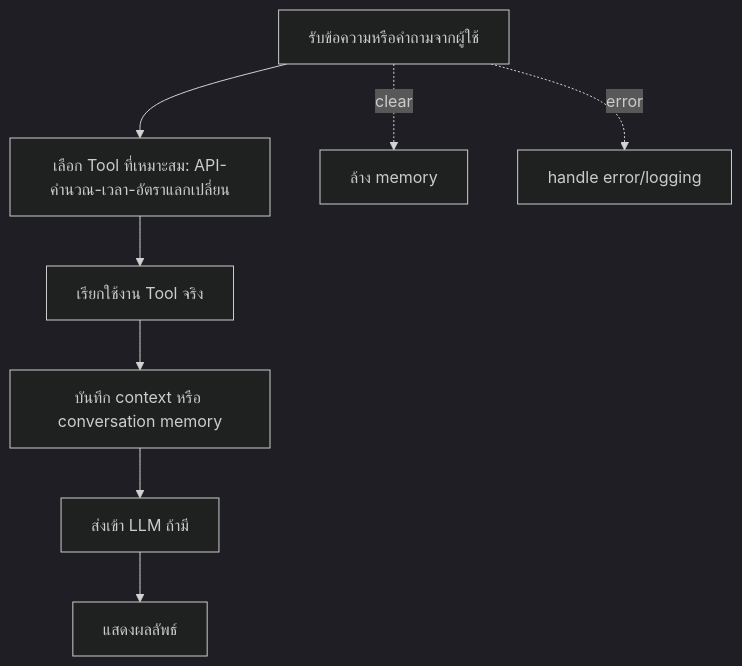
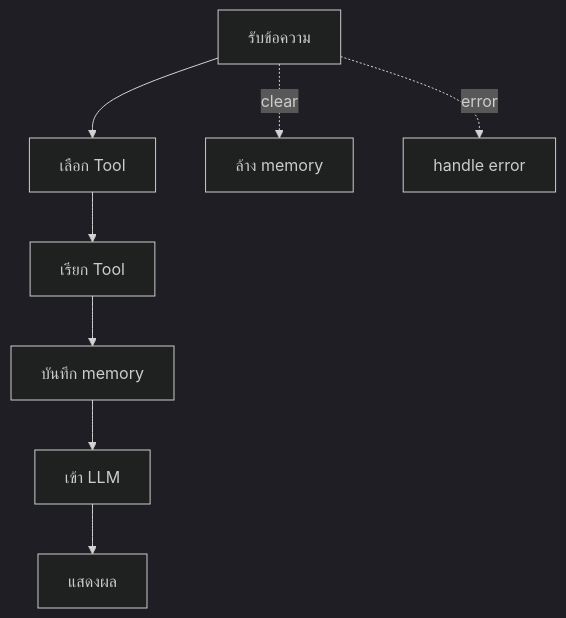
One commit to JonusNattapong/LangChainOllama changed diagram 15 of 16 in README.md. Above: the diagram before and after it, drawn with Mermaid (dark theme). The commit also changed other lines of this file, not shown here.

Commit message:
refactor: Simplify and clarify flow diagrams in README for better readability

````diff
--- a/README.md
+++ b/README.md
@@ -535,10 +535,10 @@
 ```mermaid
 graph TD
-    A[รับข้อความหรือคำถามจากผู้ใช้] --> B[เลือก Tool ที่เหมาะสม: API-คำนวณ-เวลา-อัตราแลกเปลี่ยน]
-    B --> C[เรียกใช้งาน Tool จริง]
-    C --> D[บันทึก context หรือ conversation memory]
-    D --> E[ส่งเข้า LLM ถ้ามี]
-    E --> F[แสดงผลลัพธ์]
+    A[รับข้อความ] --> B[เลือก Tool]
+    B --> C[เรียก Tool]
+    C --> D[บันทึก memory]
+    D --> E[เข้า LLM]
+    E --> F[แสดงผล]
     A -. clear .-> G[ล้าง memory]
-    A -. error .-> H[handle error/logging]
+    A -. error .-> H[handle error]
 ```
````
